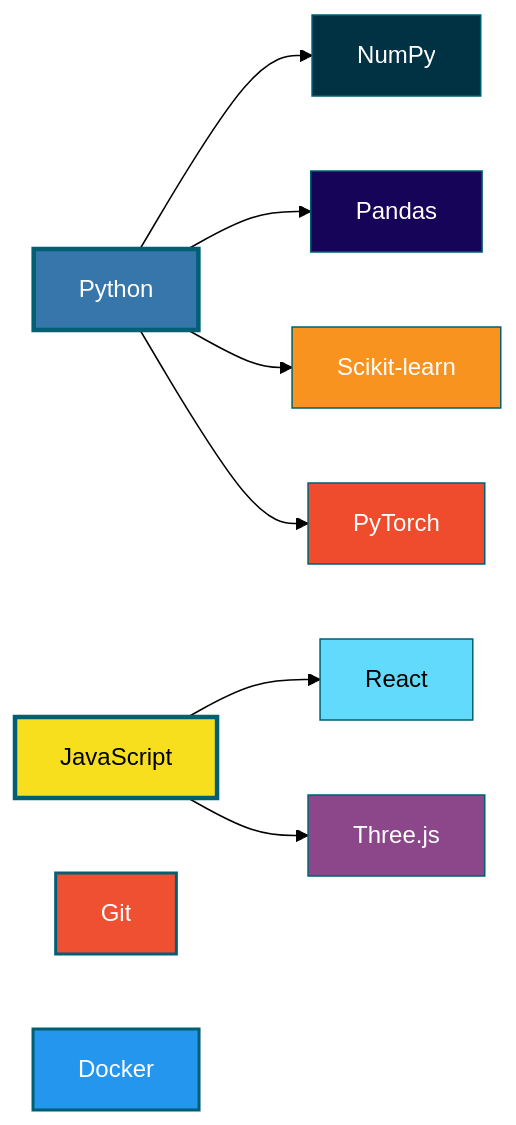
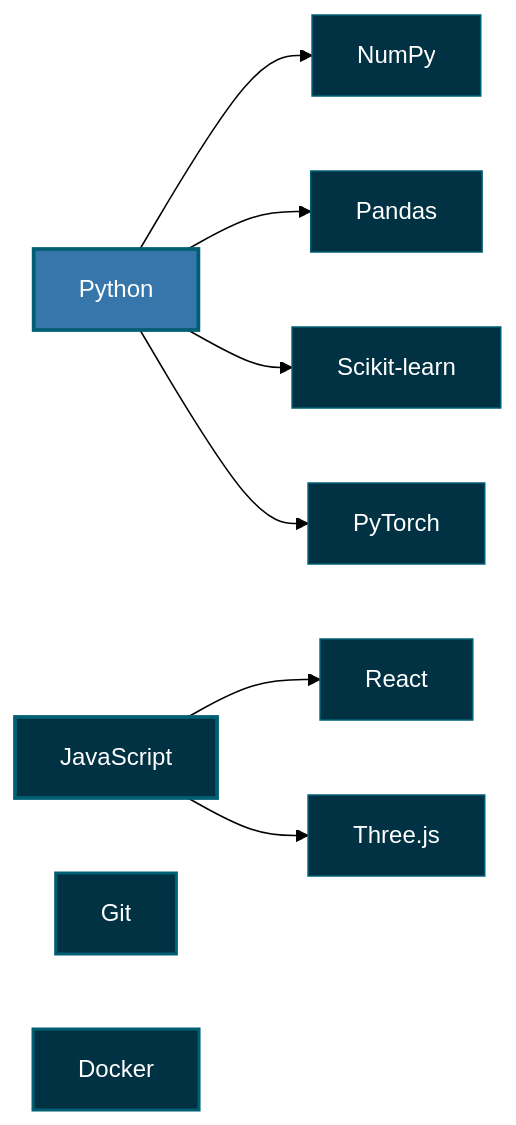
Before and after one commit to Thedarkiin/Thedarkiin: the diagram in README.md, drawn with Mermaid (forest theme).

````diff
--- a/README.md
+++ b/README.md
@@ -40,24 +40,24 @@
 ```mermaid
 graph LR
     A["Python"] --> B["NumPy"]
     A --> C["Pandas"]
     A --> D["Scikit-learn"]
     A --> E["PyTorch"]
     
     F["JavaScript"] --> G["React"]
     F --> H["Three.js"]
     
     J["Git"]
     K["Docker"]
     
-    style A fill:#3776AB,stroke:#005f73,color:#fff,stroke-width:3px
+    style A fill:#3776AB,stroke:#005f73,color:#fff,stroke-width:2.5px
     style B fill:#013243,stroke:#005f73,color:#fff
-    style C fill:#150458,stroke:#005f73,color:#fff
-    style D fill:#F7931E,stroke:#005f73,color:#fff
-    style E fill:#EE4C2C,stroke:#005f73,color:#fff
-    style F fill:#F7DF1E,stroke:#005f73,color:#000,stroke-width:3px
-    style G fill:#61DAFB,stroke:#005f73,color:#000
-    style H fill:#8B4789,stroke:#005f73,color:#fff
-    style J fill:#F05032,stroke:#005f73,color:#fff,stroke-width:2px
-    style K fill:#2496ED,stroke:#005f73,color:#fff,stroke-width:2px
+    style C fill:#013243,stroke:#005f73,color:#fff
+    style D fill:#013243,stroke:#005f73,color:#fff
+    style E fill:#013243,stroke:#005f73,color:#fff
+    style F fill:#013243,stroke:#005f73,color:#fff,stroke-width:2.5px
+    style G fill:#013243,stroke:#005f73,color:#fff
+    style H fill:#013243,stroke:#005f73,color:#fff
+    style J fill:#013243,stroke:#005f73,color:#fff,stroke-width:2px
+    style K fill:#013243,stroke:#005f73,color:#fff,stroke-width:2px
 ```
````
